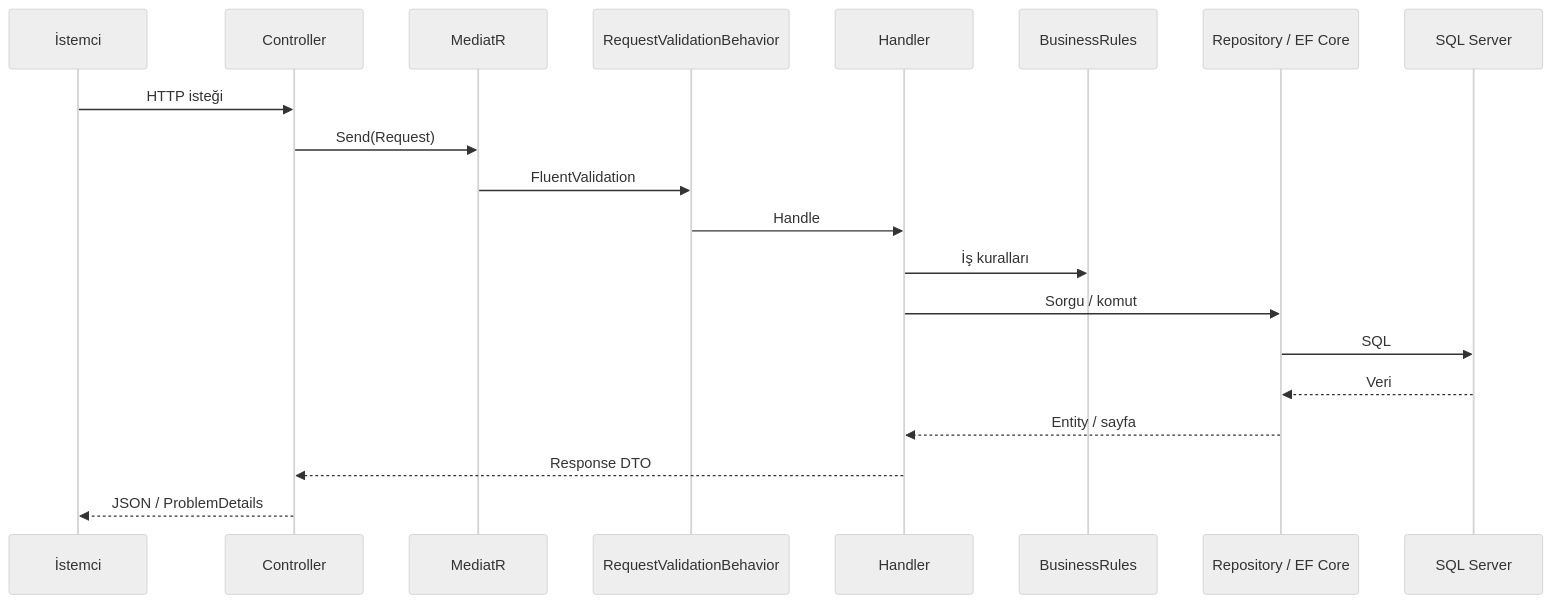
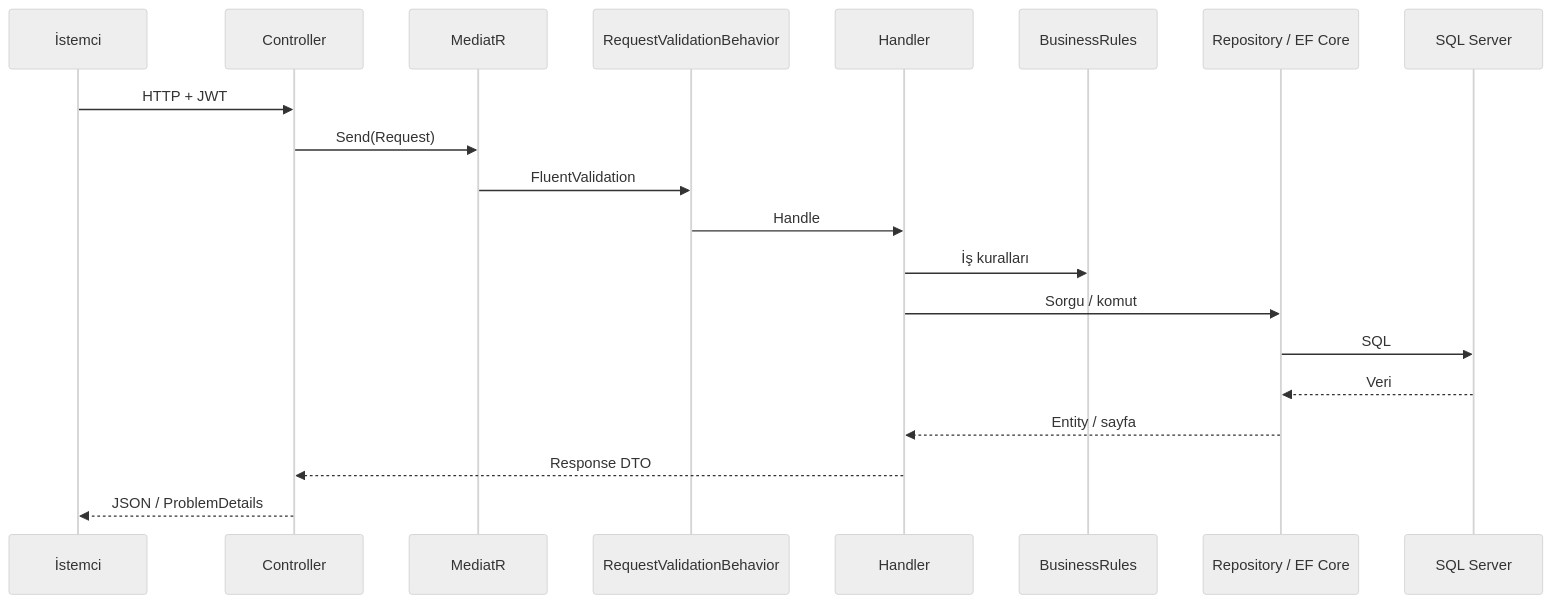
The second of 3 diagrams in README.tr.md (fdeniz07/BankApp), drawn with Mermaid (neutral theme) before and after one commit. The commit also changed other lines of this file and 3 other files, not shown here.

````diff
--- a/README.tr.md
+++ b/README.tr.md
@@ -120,23 +123,23 @@
 ```mermaid
 sequenceDiagram
     participant Client as İstemci
     participant Controller
     participant MediatR
     participant Validation as RequestValidationBehavior
     participant Handler
     participant Rules as BusinessRules
     participant Repo as Repository / EF Core
     participant Db as SQL Server
 
-    Client->>Controller: HTTP isteği
+    Client->>Controller: HTTP + JWT
     Controller->>MediatR: Send(Request)
     MediatR->>Validation: FluentValidation
     Validation->>Handler: Handle
     Handler->>Rules: İş kuralları
     Handler->>Repo: Sorgu / komut
     Repo->>Db: SQL
     Db-->>Repo: Veri
     Repo-->>Handler: Entity / sayfa
     Handler-->>Controller: Response DTO
     Controller-->>Client: JSON / ProblemDetails
 ```
````
